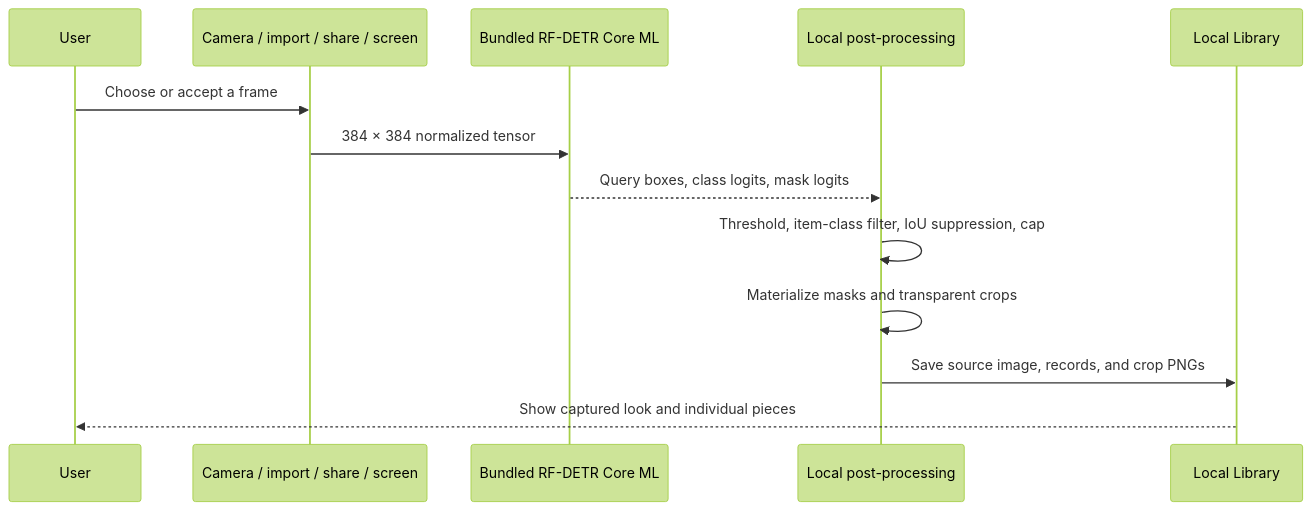
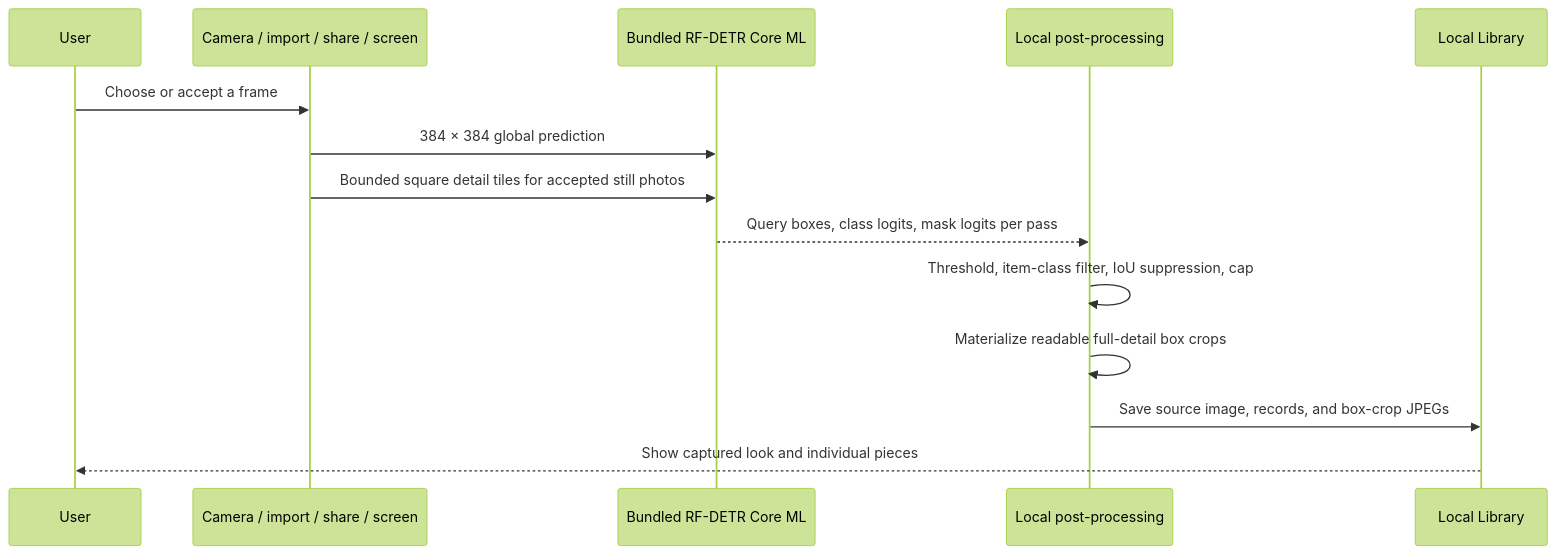
The diagram in docs/ARCHITECTURE.md (meowshmalloww/Stylezam), drawn with Mermaid (forest theme) before and after one commit. The commit also changed other lines of this file and 80 other files, not shown here.

````diff
--- a/docs/ARCHITECTURE.md
+++ b/docs/ARCHITECTURE.md
@@ -9,16 +9,17 @@
 ```mermaid
 sequenceDiagram
     participant User
     participant Input as Camera / import / share / screen
     participant CoreML as Bundled RF-DETR Core ML
     participant Post as Local post-processing
     participant Library as Local Library
 
     User->>Input: Choose or accept a frame
-    Input->>CoreML: 384 × 384 normalized tensor
-    CoreML-->>Post: Query boxes, class logits, mask logits
+    Input->>CoreML: 384 × 384 global prediction
+    Input->>CoreML: Bounded square detail tiles for accepted still photos
+    CoreML-->>Post: Query boxes, class logits, mask logits per pass
     Post->>Post: Threshold, item-class filter, IoU suppression, cap
-    Post->>Post: Materialize masks and transparent crops
-    Post->>Library: Save source image, records, and crop PNGs
+    Post->>Post: Materialize readable full-detail box crops
+    Post->>Library: Save source image, records, and box-crop JPEGs
     Library-->>User: Show captured look and individual pieces
 ```
````
